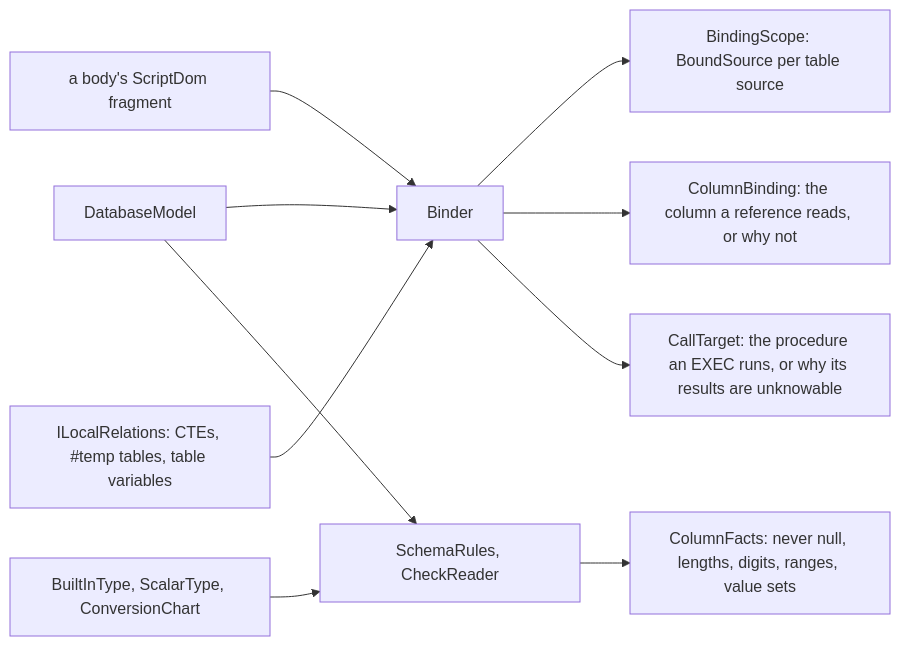
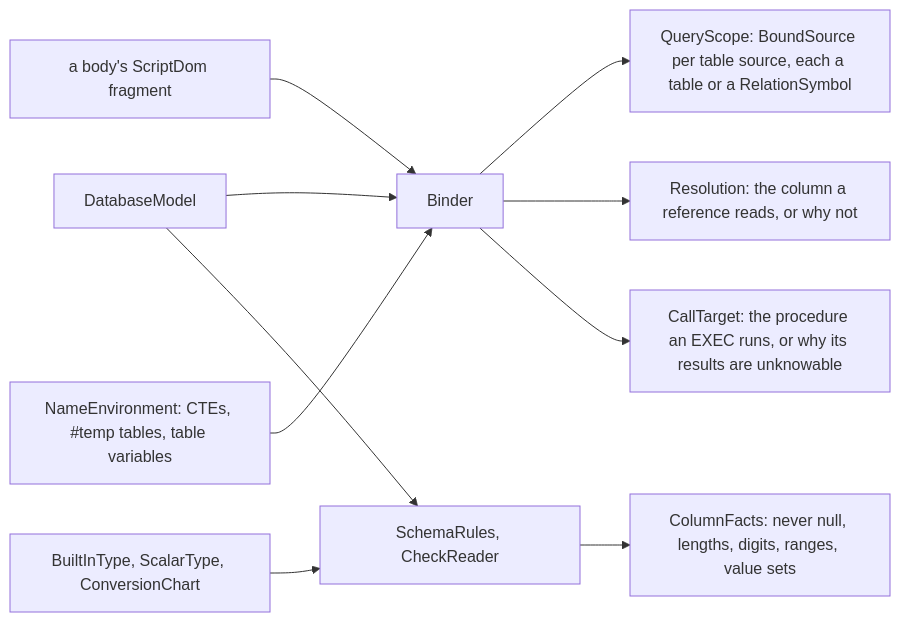
Before and after one commit to haruspex-tools/haruspex: the diagram in src/Haruspex.SqlServer.Semantics/README.md, drawn with Mermaid. The commit also changed other lines of this file and 83 other files, not shown here.

````diff
--- a/src/Haruspex.SqlServer.Semantics/README.md
+++ b/src/Haruspex.SqlServer.Semantics/README.md
@@ -12,12 +12,12 @@
 ```mermaid
 flowchart LR
     model["DatabaseModel"] --> binder["Binder"]
     body["a body's ScriptDom fragment"] --> binder
-    locals["ILocalRelations: CTEs, #temp tables, table variables"] --> binder
-    binder --> scope["BindingScope: BoundSource per table source"]
-    binder --> column["ColumnBinding: the column a reference reads, or why not"]
+    names["NameEnvironment: CTEs, #temp tables, table variables"] --> binder
+    binder --> scope["QueryScope: BoundSource per table source, each a table or a RelationSymbol"]
+    binder --> column["Resolution: the column a reference reads, or why not"]
     binder --> call["CallTarget: the procedure an EXEC runs, or why its results are unknowable"]
     model --> rules["SchemaRules, CheckReader"]
     catalogue["BuiltInType, ScalarType, ConversionChart"] --> rules
     rules --> facts["ColumnFacts: never null, lengths, digits, ranges, value sets"]
 ```
````
